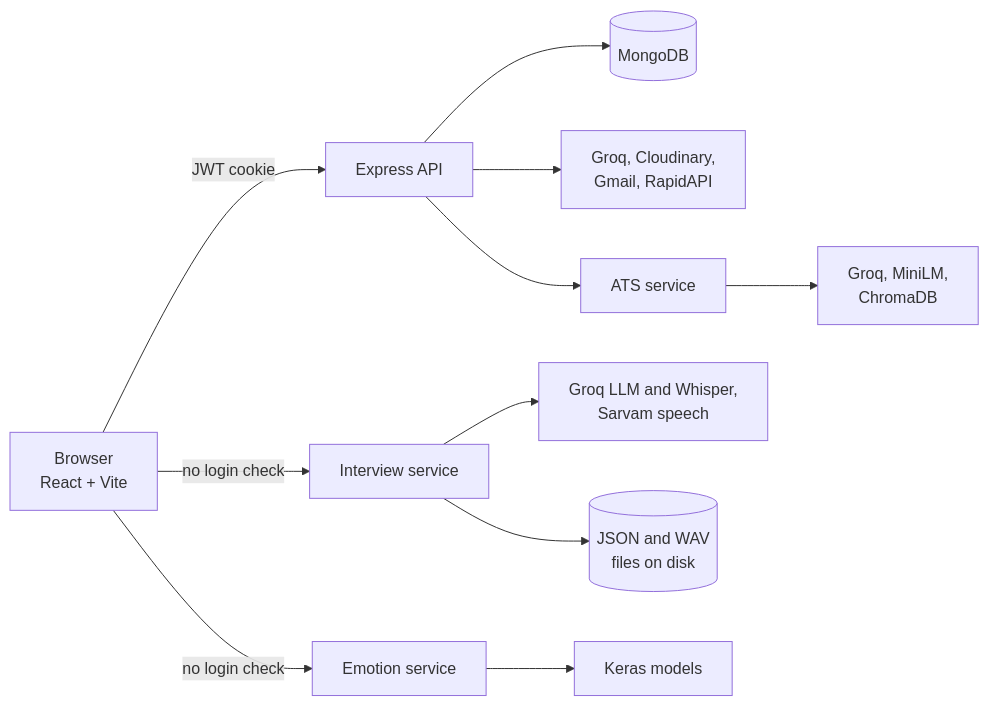
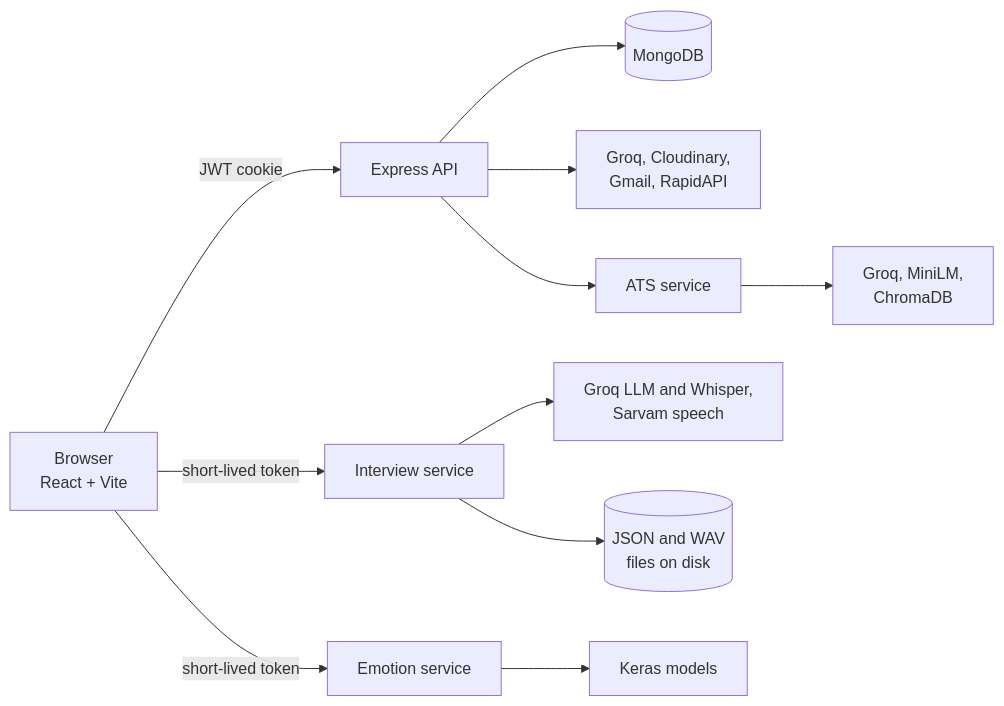
One commit to LekhNayak/InterviewMate-AI_Mock_Interview_Platform changed the first of 2 diagrams in README.md. Above: the diagram before and after it, drawn with Mermaid. The commit also changed other lines of this file and 112 other files, not shown here.

````diff
--- a/README.md
+++ b/README.md
@@ -65,16 +65,16 @@
 ```mermaid
 flowchart LR
     browser["Browser<br/>React + Vite"]
 
     browser -->|"JWT cookie"| api["Express API"]
-    browser -->|"no login check"| interview["Interview service"]
-    browser -->|"no login check"| emotion["Emotion service"]
+    browser -->|"short-lived token"| interview["Interview service"]
+    browser -->|"short-lived token"| emotion["Emotion service"]
 
     api --> mongo[("MongoDB")]
     api --> ext["Groq, Cloudinary,<br/>Gmail, RapidAPI"]
     api --> ats["ATS service"]
     ats --> atsx["Groq, MiniLM,<br/>ChromaDB"]
     interview --> ai["Groq LLM and Whisper,<br/>Sarvam speech"]
     interview --> disk[("JSON and WAV<br/>files on disk")]
     emotion --> keras["Keras models"]
 ```
````
